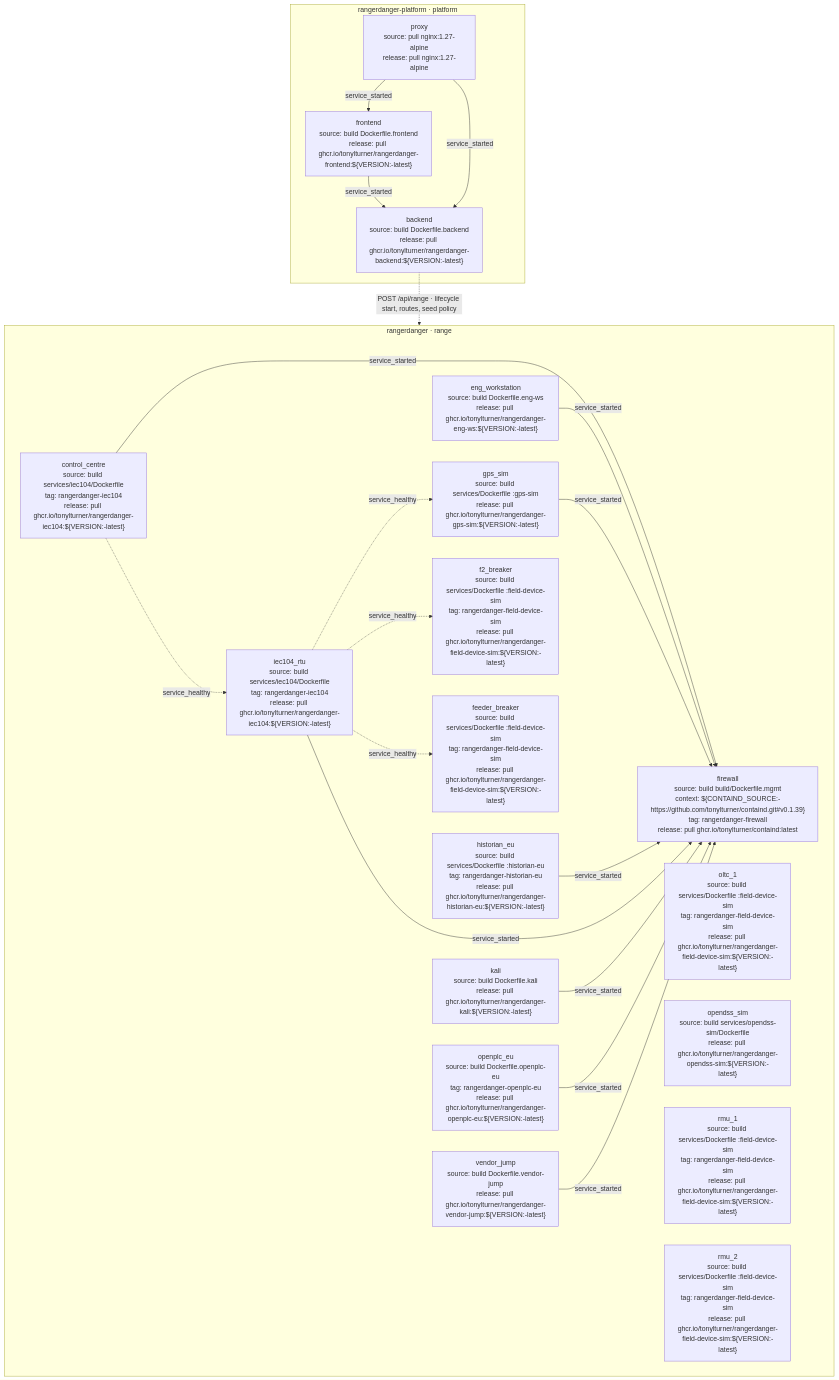
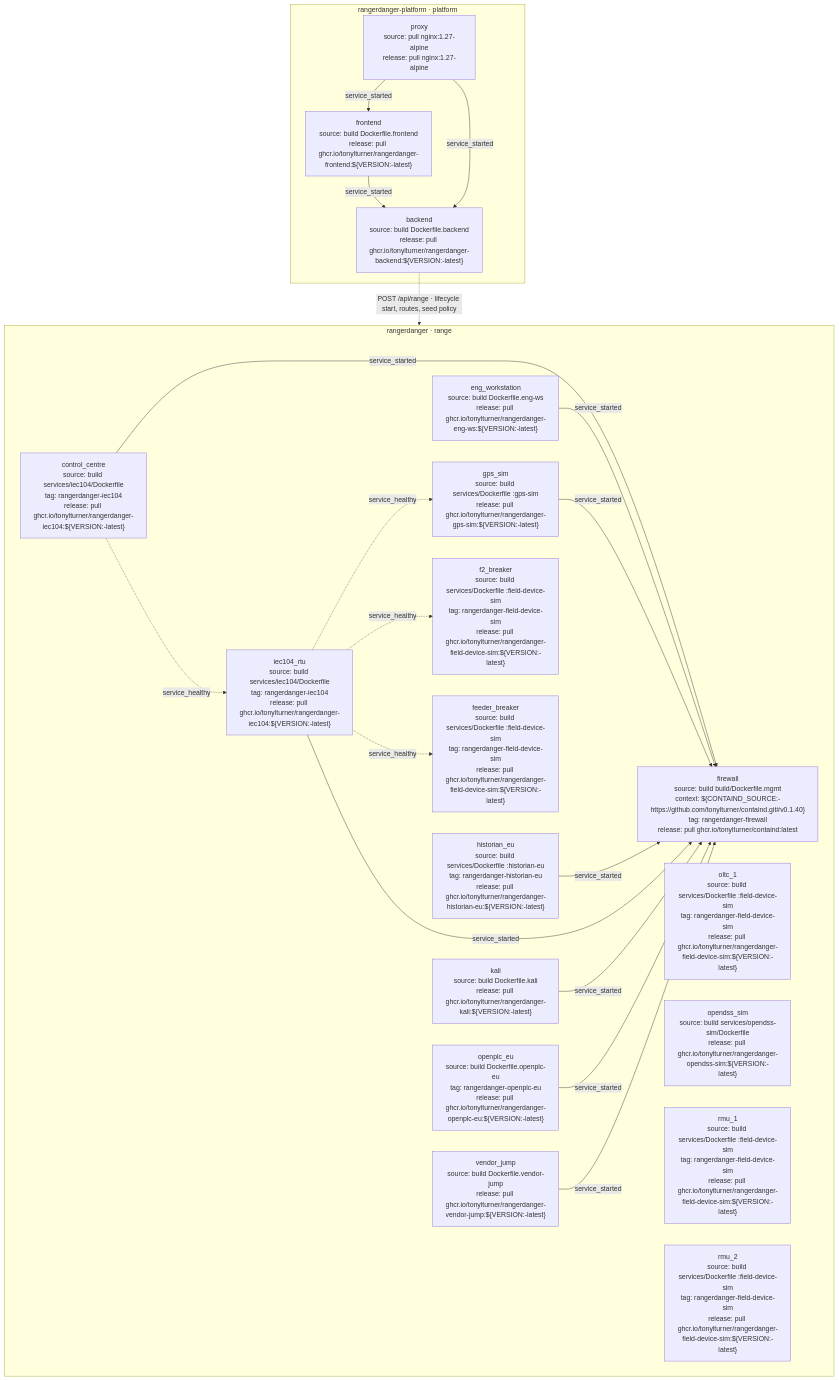
The second of 5 diagrams in docs/architecture-diagram.md (tonylturner/rangerdanger), drawn with Mermaid before and after one commit. The commit also changed other lines of this file and 17 other files, not shown here.

Commit message:
build: require and build containd 0.1.40

````diff
--- a/docs/architecture-diagram.md
+++ b/docs/architecture-diagram.md
@@ -110,42 +110,42 @@
 ```mermaid
 flowchart TB
     subgraph n_eu_platform_fd8dd80811["rangerdanger-platform · platform"]
     n_eu_compose_backend_15fec7ecc7["backend<br/>source: build Dockerfile.backend<br/>release: pull ghcr.io/tonylturner/rangerdanger-backend:$#123;VERSION:-latest#125;"]
     n_eu_compose_frontend_3119788b25["frontend<br/>source: build Dockerfile.frontend<br/>release: pull ghcr.io/tonylturner/rangerdanger-frontend:$#123;VERSION:-latest#125;"]
     n_eu_compose_proxy_6dbc4a1028["proxy<br/>source: pull nginx:1.27-alpine<br/>release: pull nginx:1.27-alpine"]
     end
     n_eu_compose_frontend_3119788b25 -->|"service_started"| n_eu_compose_backend_15fec7ecc7
     n_eu_compose_proxy_6dbc4a1028 -->|"service_started"| n_eu_compose_backend_15fec7ecc7
     n_eu_compose_proxy_6dbc4a1028 -->|"service_started"| n_eu_compose_frontend_3119788b25
     subgraph n_eu_range_4e5f6bbc70["rangerdanger · range"]
     n_eu_compose_control_centre_4b800d8c10["control_centre<br/>source: build services/iec104/Dockerfile<br/>tag: rangerdanger-iec104<br/>release: pull ghcr.io/tonylturner/rangerdanger-iec104:$#123;VERSION:-latest#125;"]
     n_eu_compose_eng_workstation_2d3e74513d["eng_workstation<br/>source: build Dockerfile.eng-ws<br/>release: pull ghcr.io/tonylturner/rangerdanger-eng-ws:$#123;VERSION:-latest#125;"]
     n_eu_compose_f2_breaker_a576e4b257["f2_breaker<br/>source: build services/Dockerfile :field-device-sim<br/>tag: rangerdanger-field-device-sim<br/>release: pull ghcr.io/tonylturner/rangerdanger-field-device-sim:$#123;VERSION:-latest#125;"]
     n_eu_compose_feeder_breaker_7919f5a15f["feeder_breaker<br/>source: build services/Dockerfile :field-device-sim<br/>tag: rangerdanger-field-device-sim<br/>release: pull ghcr.io/tonylturner/rangerdanger-field-device-sim:$#123;VERSION:-latest#125;"]
-    n_eu_compose_firewall_9a9136ac1f["firewall<br/>source: build build/Dockerfile.mgmt<br/>context: $#123;CONTAIND_SOURCE:-https://github.com/tonylturner/containd.git#35;v0.1.39#125;<br/>tag: rangerdanger-firewall<br/>release: pull ghcr.io/tonylturner/containd:latest"]
+    n_eu_compose_firewall_9a9136ac1f["firewall<br/>source: build build/Dockerfile.mgmt<br/>context: $#123;CONTAIND_SOURCE:-https://github.com/tonylturner/containd.git#35;v0.1.40#125;<br/>tag: rangerdanger-firewall<br/>release: pull ghcr.io/tonylturner/containd:latest"]
     n_eu_compose_gps_sim_357317717a["gps_sim<br/>source: build services/Dockerfile :gps-sim<br/>release: pull ghcr.io/tonylturner/rangerdanger-gps-sim:$#123;VERSION:-latest#125;"]
     n_eu_compose_historian_eu_fdd66ce275["historian_eu<br/>source: build services/Dockerfile :historian-eu<br/>tag: rangerdanger-historian-eu<br/>release: pull ghcr.io/tonylturner/rangerdanger-historian-eu:$#123;VERSION:-latest#125;"]
     n_eu_compose_iec104_rtu_40cbbf549c["iec104_rtu<br/>source: build services/iec104/Dockerfile<br/>tag: rangerdanger-iec104<br/>release: pull ghcr.io/tonylturner/rangerdanger-iec104:$#123;VERSION:-latest#125;"]
     n_eu_compose_kali_cb199e11ae["kali<br/>source: build Dockerfile.kali<br/>release: pull ghcr.io/tonylturner/rangerdanger-kali:$#123;VERSION:-latest#125;"]
     n_eu_compose_oltc_1_be0f8efbee["oltc_1<br/>source: build services/Dockerfile :field-device-sim<br/>tag: rangerdanger-field-device-sim<br/>release: pull ghcr.io/tonylturner/rangerdanger-field-device-sim:$#123;VERSION:-latest#125;"]
     n_eu_compose_opendss_sim_4ddd9e0ab2["opendss_sim<br/>source: build services/opendss-sim/Dockerfile<br/>release: pull ghcr.io/tonylturner/rangerdanger-opendss-sim:$#123;VERSION:-latest#125;"]
     n_eu_compose_openplc_eu_b64c46df45["openplc_eu<br/>source: build Dockerfile.openplc-eu<br/>tag: rangerdanger-openplc-eu<br/>release: pull ghcr.io/tonylturner/rangerdanger-openplc-eu:$#123;VERSION:-latest#125;"]
     n_eu_compose_rmu_1_64eef69bd4["rmu_1<br/>source: build services/Dockerfile :field-device-sim<br/>tag: rangerdanger-field-device-sim<br/>release: pull ghcr.io/tonylturner/rangerdanger-field-device-sim:$#123;VERSION:-latest#125;"]
     n_eu_compose_rmu_2_0de5e31782["rmu_2<br/>source: build services/Dockerfile :field-device-sim<br/>tag: rangerdanger-field-device-sim<br/>release: pull ghcr.io/tonylturner/rangerdanger-field-device-sim:$#123;VERSION:-latest#125;"]
     n_eu_compose_vendor_jump_5f57da0a38["vendor_jump<br/>source: build Dockerfile.vendor-jump<br/>release: pull ghcr.io/tonylturner/rangerdanger-vendor-jump:$#123;VERSION:-latest#125;"]
     end
     n_eu_compose_control_centre_4b800d8c10 -->|"service_started"| n_eu_compose_firewall_9a9136ac1f
     n_eu_compose_control_centre_4b800d8c10 -.->|"service_healthy"| n_eu_compose_iec104_rtu_40cbbf549c
     n_eu_compose_eng_workstation_2d3e74513d -->|"service_started"| n_eu_compose_firewall_9a9136ac1f
     n_eu_compose_gps_sim_357317717a -->|"service_started"| n_eu_compose_firewall_9a9136ac1f
     n_eu_compose_historian_eu_fdd66ce275 -->|"service_started"| n_eu_compose_firewall_9a9136ac1f
     n_eu_compose_iec104_rtu_40cbbf549c -.->|"service_healthy"| n_eu_compose_f2_breaker_a576e4b257
     n_eu_compose_iec104_rtu_40cbbf549c -.->|"service_healthy"| n_eu_compose_feeder_breaker_7919f5a15f
     n_eu_compose_iec104_rtu_40cbbf549c -->|"service_started"| n_eu_compose_firewall_9a9136ac1f
     n_eu_compose_iec104_rtu_40cbbf549c -.->|"service_healthy"| n_eu_compose_gps_sim_357317717a
     n_eu_compose_kali_cb199e11ae -->|"service_started"| n_eu_compose_firewall_9a9136ac1f
     n_eu_compose_openplc_eu_b64c46df45 -->|"service_started"| n_eu_compose_firewall_9a9136ac1f
     n_eu_compose_vendor_jump_5f57da0a38 -->|"service_started"| n_eu_compose_firewall_9a9136ac1f
     %% source: backend/internal/lifecycle/transition.go:157
     n_eu_compose_backend_15fec7ecc7 -.->|"POST /api/range · lifecycle start, routes, seed policy"| n_eu_range_4e5f6bbc70
 ```
````
